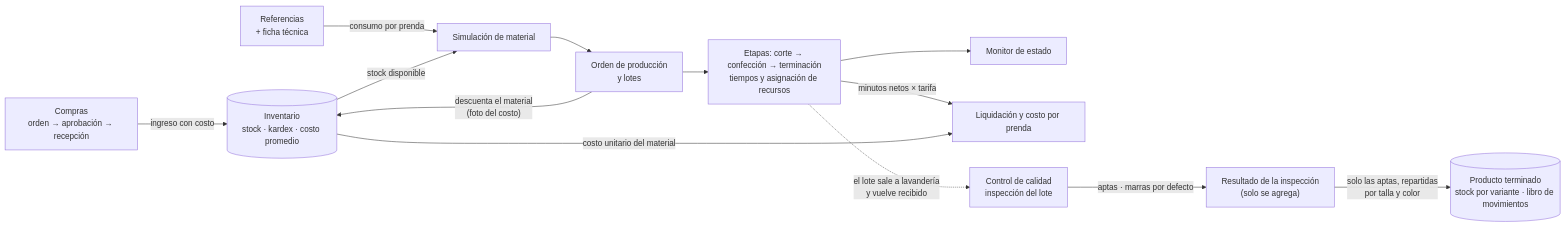
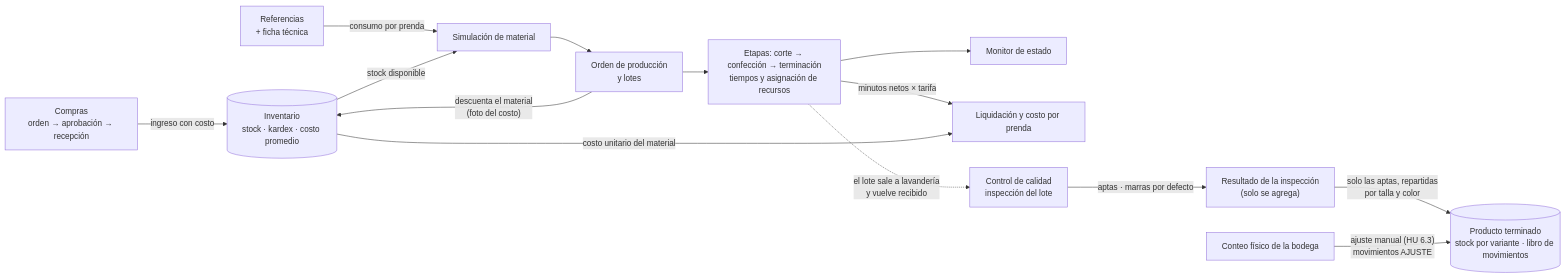
Before and after one commit to BayronVV/TexCoreERP-Backend: the first of 5 diagrams in docs/modulos.md, drawn with Mermaid. The commit also changed other lines of this file and 15 other files, not shown here.

First line of the commit message:
TE-61: ajuste manual de producto terminado (RF22)

````diff
--- a/docs/modulos.md
+++ b/docs/modulos.md
@@ -26,15 +27,16 @@
 ```mermaid
 flowchart LR
     COMP["Compras<br/>orden → aprobación → recepción"] -- "ingreso con costo" --> INV[("Inventario<br/>stock · kardex · costo promedio")]
     REF["Referencias<br/>+ ficha técnica"] -- "consumo por prenda" --> PLAN["Simulación de material"]
     INV -- "stock disponible" --> PLAN
     PLAN --> ORD["Orden de producción<br/>y lotes"]
     ORD -- "descuenta el material<br/>(foto del costo)" --> INV
     ORD --> TIEMPOS["Etapas: corte → confección → terminación<br/>tiempos y asignación de recursos"]
     TIEMPOS --> MON["Monitor de estado"]
     TIEMPOS -- "minutos netos × tarifa" --> COSTEO["Liquidación y costo por prenda"]
     INV -- "costo unitario del material" --> COSTEO
     TIEMPOS -. "el lote sale a lavandería<br/>y vuelve recibido" .-> CAL["Control de calidad<br/>inspección del lote"]
     CAL -- "aptas · marras por defecto" --> RES["Resultado de la inspección<br/>(solo se agrega)"]
     RES -- "solo las aptas, repartidas<br/>por talla y color" --> TER[("Producto terminado<br/>stock por variante · libro de movimientos")]
+    CONTEO["Conteo físico de la bodega"] -- "ajuste manual (HU 6.3)<br/>movimientos AJUSTE" --> TER
 ```
````
